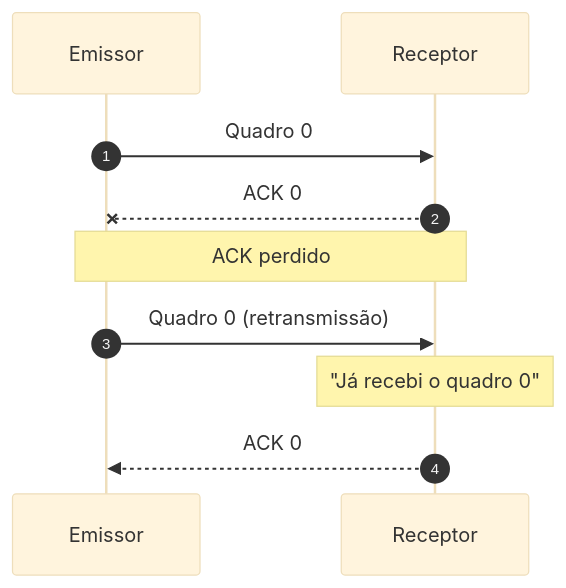
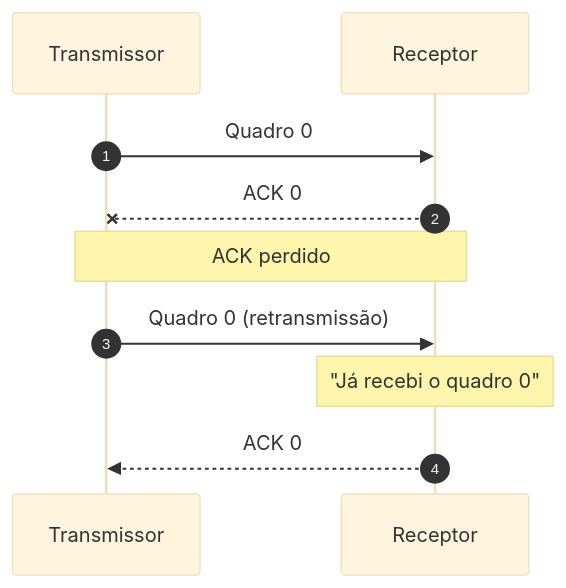
One commit to jurandysoares/janelas-deslizantes changed the diagram in docs/4-numeros-de-sequencia.md. Above: the diagram before and after it, drawn with Mermaid (base theme). The commit also changed 16 other files, not shown here.

````diff
--- a/docs/4-numeros-de-sequencia.md
+++ b/docs/4-numeros-de-sequencia.md
@@ -11,12 +11,12 @@
 ```mermaid
 sequenceDiagram
     autonumber
-    participant E as Emissor
+    participant E as Transmissor
     participant R as Receptor
     E->>R: Quadro 0
     R --x E: ACK 0
     Note over E,R: ACK perdido
     E->>R: Quadro 0 (retransmissão)
     Note over R: "Já recebi o quadro 0"
     R-->>E: ACK 0
 ```
````
